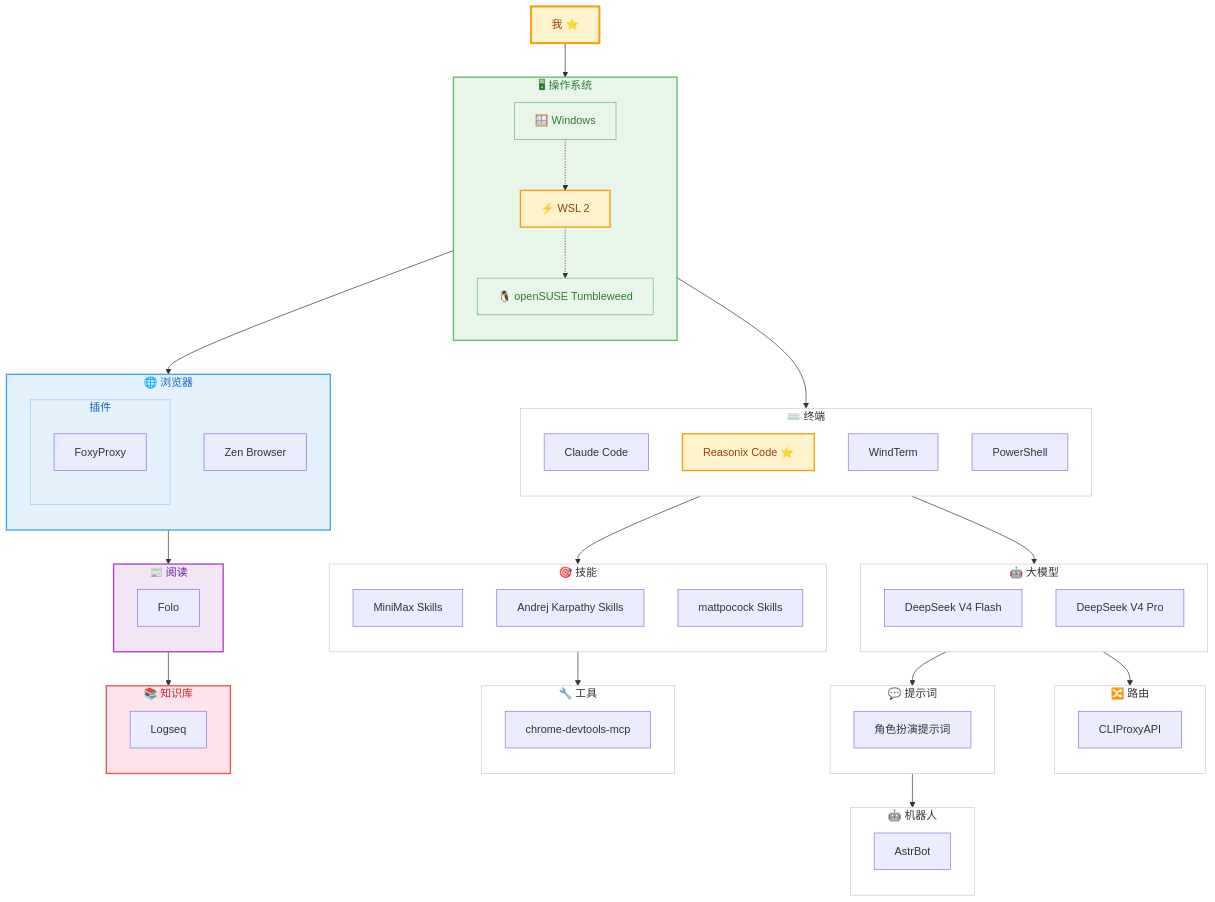
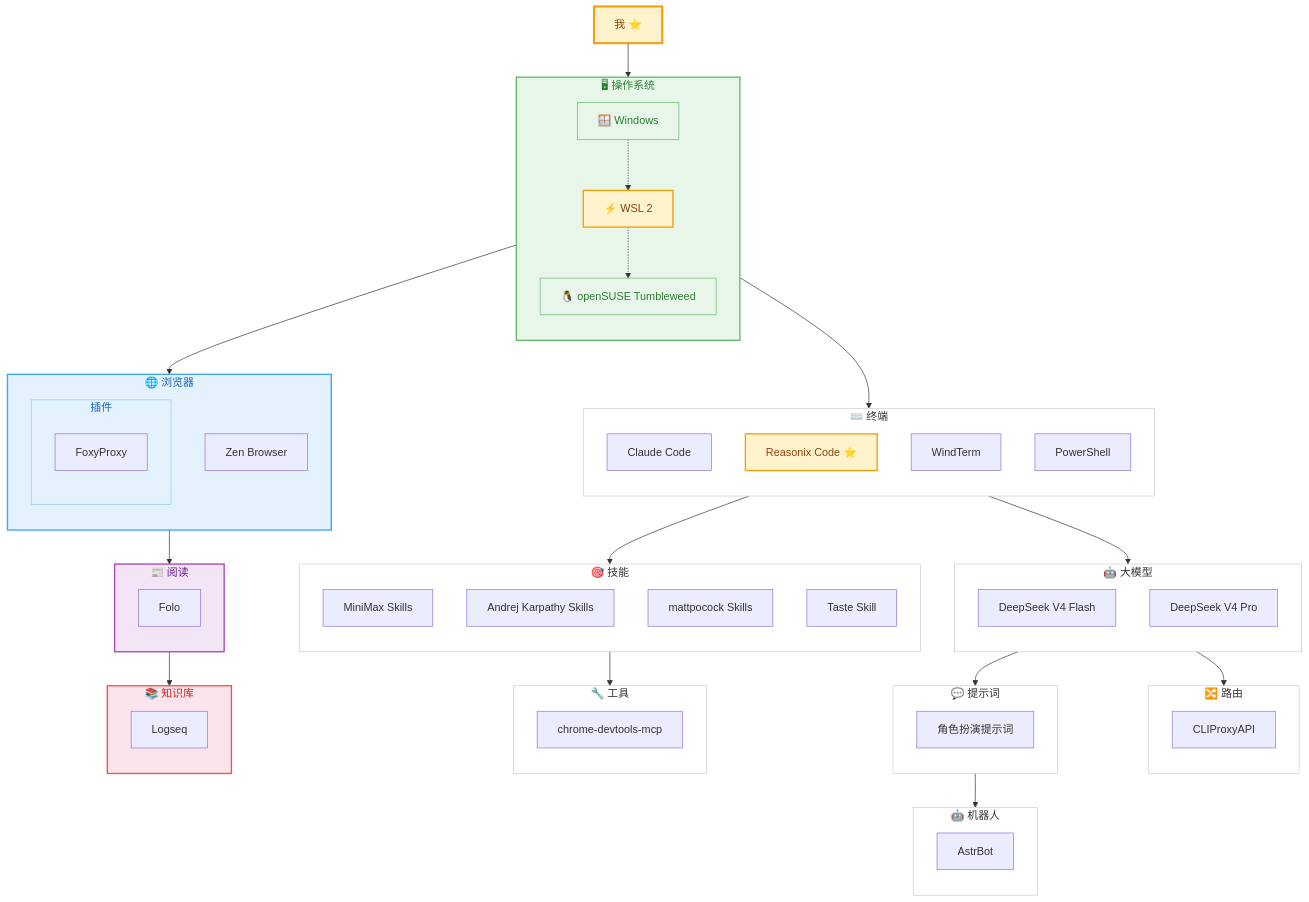
One commit to yuanxin518/ai-path changed the diagram in README.md. Above: the diagram before and after it, drawn with Mermaid. The commit also changed other lines of this file and 2 other files, not shown here.

Commit message:
docs: 新增 Taste Skill 前端审美技能节点

```diff
--- a/README.md
+++ b/README.md
@@ -66,6 +66,7 @@
         MSK["MiniMax Skills"]
         AKS["Andrej Karpathy Skills"]
         PSK["mattpocock Skills"]
+        TSK["Taste Skill"]
     end
     style N04 fill:#ffffff,stroke:#cccccc,stroke-width:1px,color:#333333
 
```
